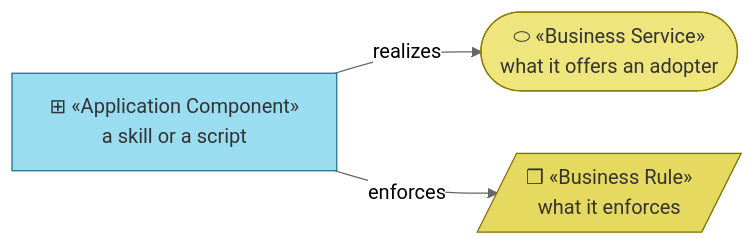
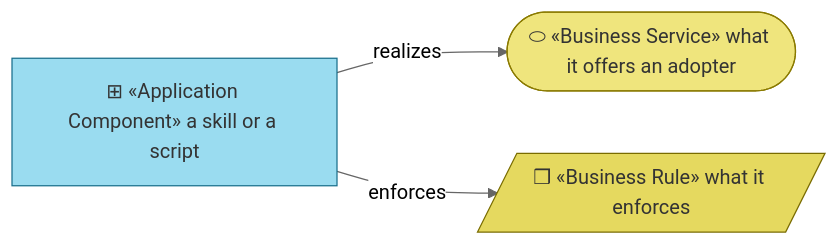
Before and after one commit to roanboc/architecture-archreator: the first of 2 diagrams in product-archreator/architecture/4_application/1_application-components.md, drawn with Mermaid (neutral theme). The commit also changed other lines of this file and 38 other files, not shown here.

````diff
--- a/product-archreator/architecture/4_application/1_application-components.md
+++ b/product-archreator/architecture/4_application/1_application-components.md
@@ -9,13 +9,13 @@
 ```mermaid
 flowchart LR
-  acmp["⊞ «Application Component»<br>a skill or a script"]:::component
-  svc(["⬭ «Business Service»<br>what it offers an adopter"]):::service
-  rule[/"❒ «Business Rule»<br>what it enforces"/]:::rule
+  acmp["⊞ «Application Component» a skill or a script"]:::component
+  svc(["⬭ «Business Service» what it offers an adopter"]):::service
+  rule[/"❒ «Business Rule» what it enforces"/]:::rule
 
   acmp -->|realizes| svc
   acmp -->|enforces| rule
 
   classDef component fill:#9adcf0,stroke:#1a6f8c,color:#333
   classDef service fill:#efe57d,stroke:#8a7a00,color:#333
   classDef rule fill:#e5d95f,stroke:#7a6c00,color:#333
 ```
````
